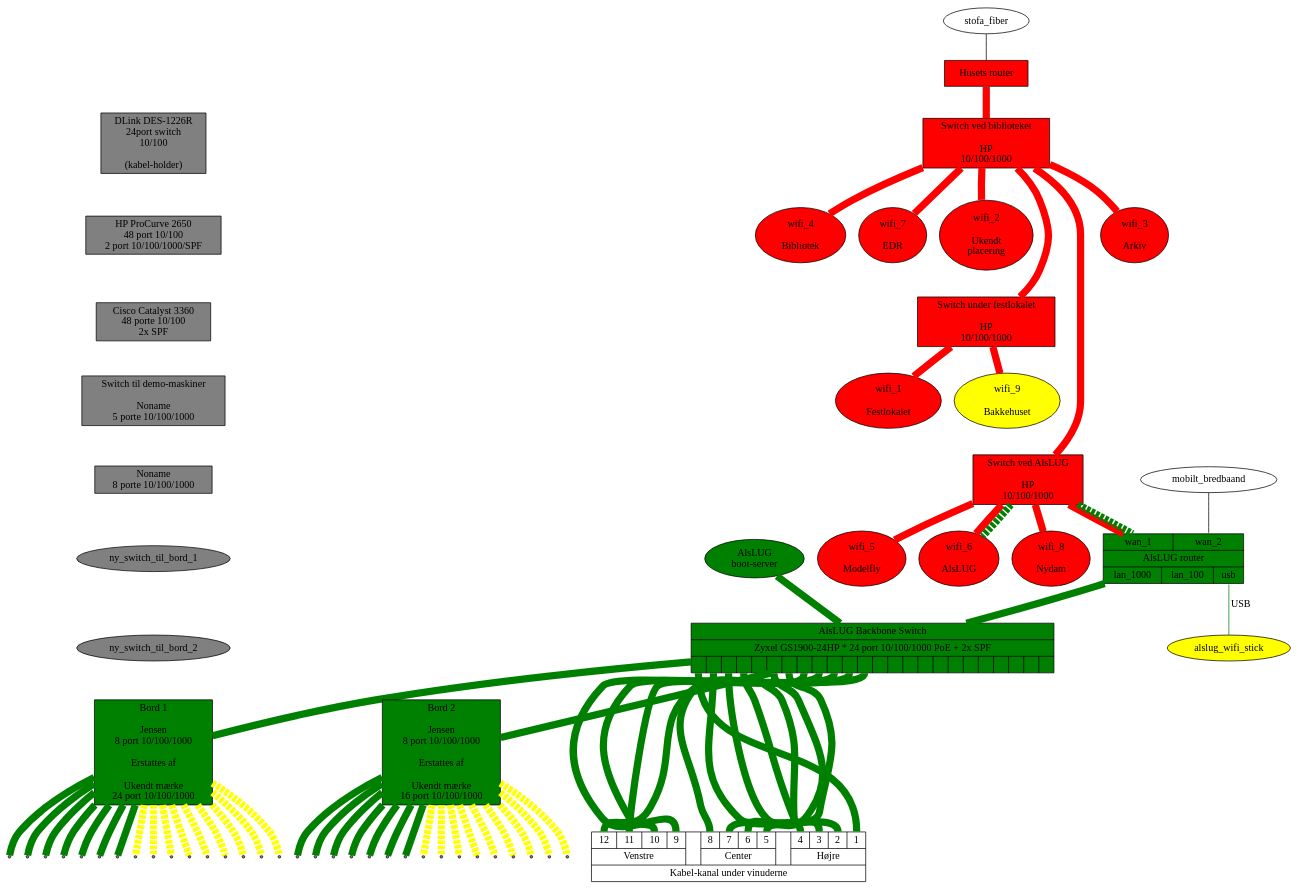
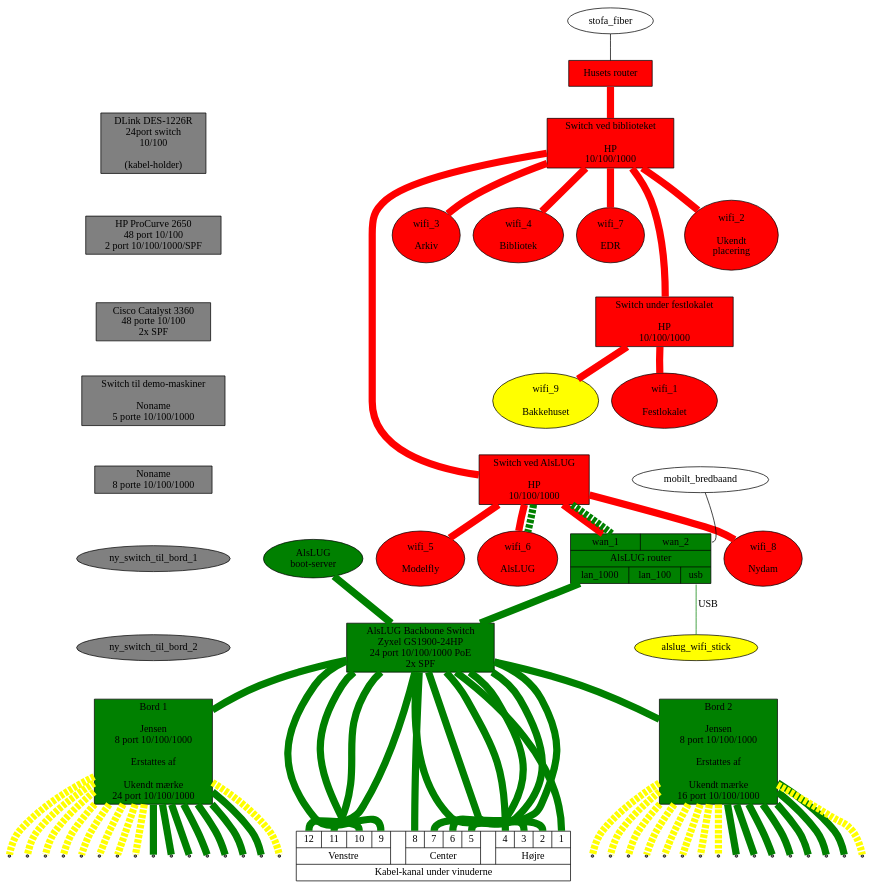
One commit to alslug/alslug.dk changed the diagram in projekter/network.dot. Above: the diagram before and after it, drawn with Graphviz.

```diff
--- a/projekter/network.dot
+++ b/projekter/network.dot
@@ -1,112 +1,107 @@
 digraph xxx {
 #  link_12a [ shape=point ];
 #  link_12b [ shape=point ];
 #  link_12c [ shape=point ];
   edge [ dir=none penwidth=10 ];
 
   node [ style=filled fillcolor=red ];
   husets_router [ shape=box label="Husets router" ];
   husets_switch_1 [ shape=box label="Switch ved biblioteket\n\nHP\n10/100/1000" ];
   husets_switch_2 [ shape=box label="Switch ved AlsLUG\n\nHP\n10/100/1000" ];
   festlokale_switch [ shape=box label="Switch under festlokalet\n\nHP\n10/100/1000" ];
   wifi_1 [ label=" wifi_1 \n\n Festlokalet "                ];
   wifi_2 [ label=" wifi_2 \n\n Ukendt \n placering "        ];
   wifi_3 [ label=" wifi_3 \n\n Arkiv "                      ];
   wifi_4 [ label=" wifi_4 \n\n Bibliotek "                  ];
   wifi_5 [ label=" wifi_5 \n\n Modelfly "                   ];
   wifi_6 [ label=" wifi_6 \n\n AlsLUG "                     ];
   wifi_7 [ label=" wifi_7 \n\n EDR "                        ];
   wifi_8 [ label=" wifi_8 \n\n Nydam "                      ];
   wifi_9 [ label=" wifi_9 \n\n Bakkehuset" fillcolor=yellow ];
   
   node [ style=filled fillcolor=green ];
   alslug_router [ shape=record label="{{<wan_1> wan_1|<wan_2> wan_2}|
                                         AlsLUG router
                                       |{<lan_1000> lan_1000|<lan_100> lan_100|<usb> usb}}" ];
   alslug_gl_bootserver [ label="AlsLUG\nboot-server" ];
-  alslug_backbone_switch [ shape=record label="{AlsLUG Backbone Switch|
-                                                Zyxel GS1900-24HP * 24 port 10/100/1000 PoE + 2x SPF|
-                                                {<1>|<2>|<3>|<4>|<5>|<6>|<7>|<8>|
-                                                <9>|<10>|<11>|<12>|<13>|<14>|<15>|
-                                                <16>|<17>|<18>|<19>|<20>|<21>|<22>|<23>|<24>
-                                                }}"];
+  alslug_backbone_switch [ shape=record label="AlsLUG Backbone Switch \n Zyxel GS1900-24HP \n 24 port 10/100/1000 PoE \n 2x SPF"];
   bord_1 [ shape=box label="Bord 1\n\nJensen\n8 port 10/100/1000\n\n Erstattes af\n\nUkendt mærke\n24 port 10/100/1000"];
   bord_2 [ shape=box label="Bord 2\n\nJensen\n8 port 10/100/1000\n\n Erstattes af\n\nUkendt mærke\n16 port 10/100/1000"];
  
   // Udstyr som pt ikke bruges
   node [ style=filled fillcolor=gray ];
   switch_24p      [ shape=box label="DLink DES-1226R\n24port switch\n10/100\n\n(kabel-holder)"];
   switch_48p      [ shape=box label="HP ProCurve 2650\n48 port 10/100\n2 port 10/100/1000/SPF"];
   switch_48p_poe  [ shape=box label="Cisco Catalyst 3360\n48 porte 10/100\n2x SPF"];
   switch_5p       [ shape=box label="Switch til demo-maskiner\n\nNoname\n5 porte 10/100/1000" ];
   switch_8p       [ shape=box label="Noname\n8 porte 10/100/1000"];
   
   switch_24p -> switch_48p -> switch_48p_poe -> switch_5p -> switch_8p -> ny_switch_til_bord_1 -> ny_switch_til_bord_2 -> bord_1 [ color=invis ];
   
   
   node [ style=normal ];
   // Internet forbindelser
   stofa_fiber      -> husets_router:wan_1 [ penwidth=1 fillcolor=black style=filled ];
   mobilt_bredbaand -> alslug_router:wan_2 [ penwidth=1 fillcolor=black style=filled ];
   
   // Husets forbindelser
   edge  [ color=red style=solid ];
   husets_switch_1 -> festlokale_switch -> {             wifi_1                                                  wifi_9 };
   husets_router -> husets_switch_1 -> {                        wifi_2 wifi_3 wifi_4               wifi_7               };
   husets_switch_1 -> husets_switch_2 -> { alslug_router                             wifi_5 wifi_6        wifi_8        };
 
   // VLAN forbindelser over bakkensbros netværk
   edge  [ color=green style=dashed ];
   husets_switch_2 -> { alslug_router:wan_1 wifi_6 };
 
   alslug_wifi_stick [ fillcolor=yellow style=filled ];
 
   // Interne forbindelser
   edge [ color=green style=solid ];
   node [ shape=point ];
   
   {alslug_router:lan_1000 alslug_gl_bootserver} -> alslug_backbone_switch -> { bord_1 bord_2 }
 
   alslug_router:usb -> alslug_wifi_stick [ penwidth=1 label="USB" ];
   
   bord_1 -> {
                   bord_1_1 bord_1_2 bord_1_3 bord_1_4 bord_1_5 bord_1_6 bord_1_7
                 };
   bord_1 -> {
                   bord_1_8 bord_1_9 bord_1_10 bord_1_11 bord_1_12 bord_1_13 bord_1_14 bord_1_15 bord_1_16
                 } [ style=dashed color=yellow ];
   bord_2 -> {
                   bord_2_1 bord_2_2 bord_2_3 bord_2_4 bord_2_5 bord_2_6 bord_2_7
                 };
   bord_2 -> {
                   bord_2_8 bord_2_9 bord_2_10 bord_2_11 bord_2_12 bord_2_13 bord_2_14 bord_2_15 bord_2_16
                 } [ style=dashed color=yellow ];
                 
-  alslug_backbone_switch:1 -> vindue:1;
-  alslug_backbone_switch:2 -> vindue:2;
-  alslug_backbone_switch:3 -> vindue:3;
-  alslug_backbone_switch:4 -> vindue:4;
-  alslug_backbone_switch:5 -> vindue:5;
-  alslug_backbone_switch:6 -> vindue:6;
-  alslug_backbone_switch:7 -> vindue:7;
-  alslug_backbone_switch:8 -> vindue:8;
-  alslug_backbone_switch:9 -> vindue:9;
-  alslug_backbone_switch:10 -> vindue:10;
-  alslug_backbone_switch:11 -> vindue:11;
-  alslug_backbone_switch:12 -> vindue:12;
+  alslug_backbone_switch -> vindue:1;
+  alslug_backbone_switch -> vindue:2;
+  alslug_backbone_switch -> vindue:3;
+  alslug_backbone_switch -> vindue:4;
+  alslug_backbone_switch -> vindue:5;
+  alslug_backbone_switch -> vindue:6;
+  alslug_backbone_switch -> vindue:7;
+  alslug_backbone_switch -> vindue:8;
+  alslug_backbone_switch -> vindue:9;
+  alslug_backbone_switch -> vindue:10;
+  alslug_backbone_switch -> vindue:11;
+  alslug_backbone_switch -> vindue:12;
 
   edge [ color=invis ];
   husets_switch_1 -> wifi_2 -> festlokale_switch -> wifi_1 -> husets_switch_2;
   vindue [ shape=record label="{{ {{<12> 12|<11> 11|<10> 10|<9> 9}  | Venstre }||
                                   {{<8> 8|<7> 7|<6> 6|<5> 5}        | Center  }||
                                   {{<4> 4|<3> 3|<2> 2|<1> 1}        | Højre   }}| Kabel-kanal under vinuderne }}" ];
 
   subgraph {
     rank = same;
                   vindue;
                   bord_1_1;   bord_1_2;   bord_1_3;   bord_1_4;   bord_1_5;   bord_1_6;   bord_1_7;   bord_1_8;
                   bord_1_9;   bord_1_10;  bord_1_11;  bord_1_12;  bord_1_13;  bord_1_14;  bord_1_15;  bord_1_16;
                   bord_2_1;   bord_2_2;   bord_2_3;   bord_2_4;   bord_2_5;   bord_2_6;   bord_2_7;   bord_2_8;
                   bord_2_9;   bord_2_10;  bord_2_11;  bord_2_12;  bord_2_13;  bord_2_14;  bord_2_15;  bord_2_16;
   }
 }
```
